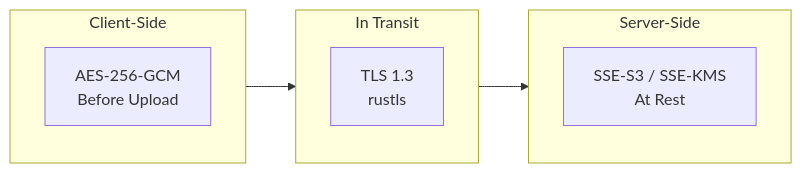
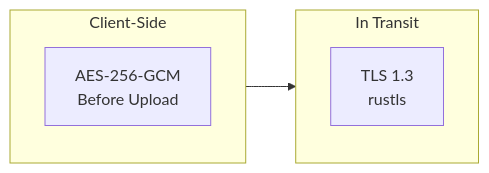
One commit to winnyboy5/mediagit-core changed the sixth of 10 diagrams in CLOUD_ARCHITECTURE.md. Above: the diagram before and after it, drawn with Mermaid. The commit also changed other lines of this file and 558 other files, not shown here.

````diff
--- a/CLOUD_ARCHITECTURE.md
+++ b/CLOUD_ARCHITECTURE.md
@@ -221,16 +230,12 @@
 ```mermaid
 flowchart LR
     subgraph Client["Client-Side"]
         AES[AES-256-GCM<br/>Before Upload]
     end
     
     subgraph Transit["In Transit"]
         TLS[TLS 1.3<br/>rustls]
     end
     
-    subgraph Server["Server-Side"]
-        SSE[SSE-S3 / SSE-KMS<br/>At Rest]
-    end
-    
-    Client --> Transit --> Server
+    Client --> Transit
 ```
````
